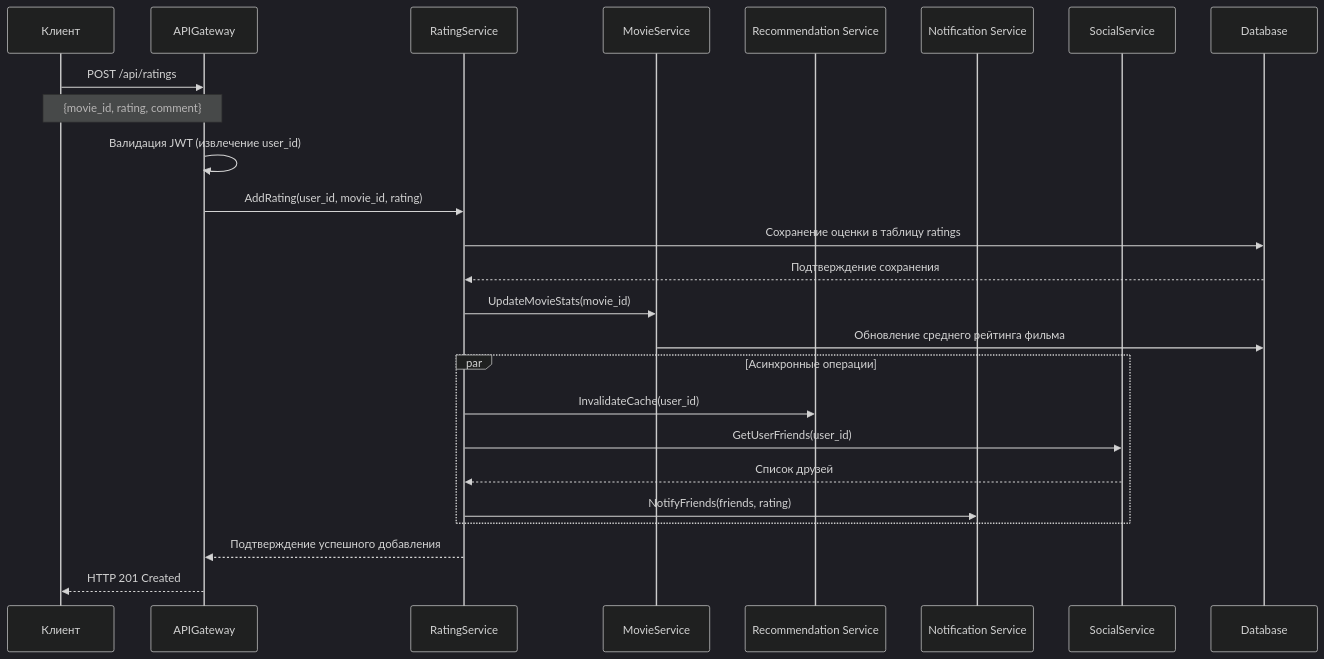
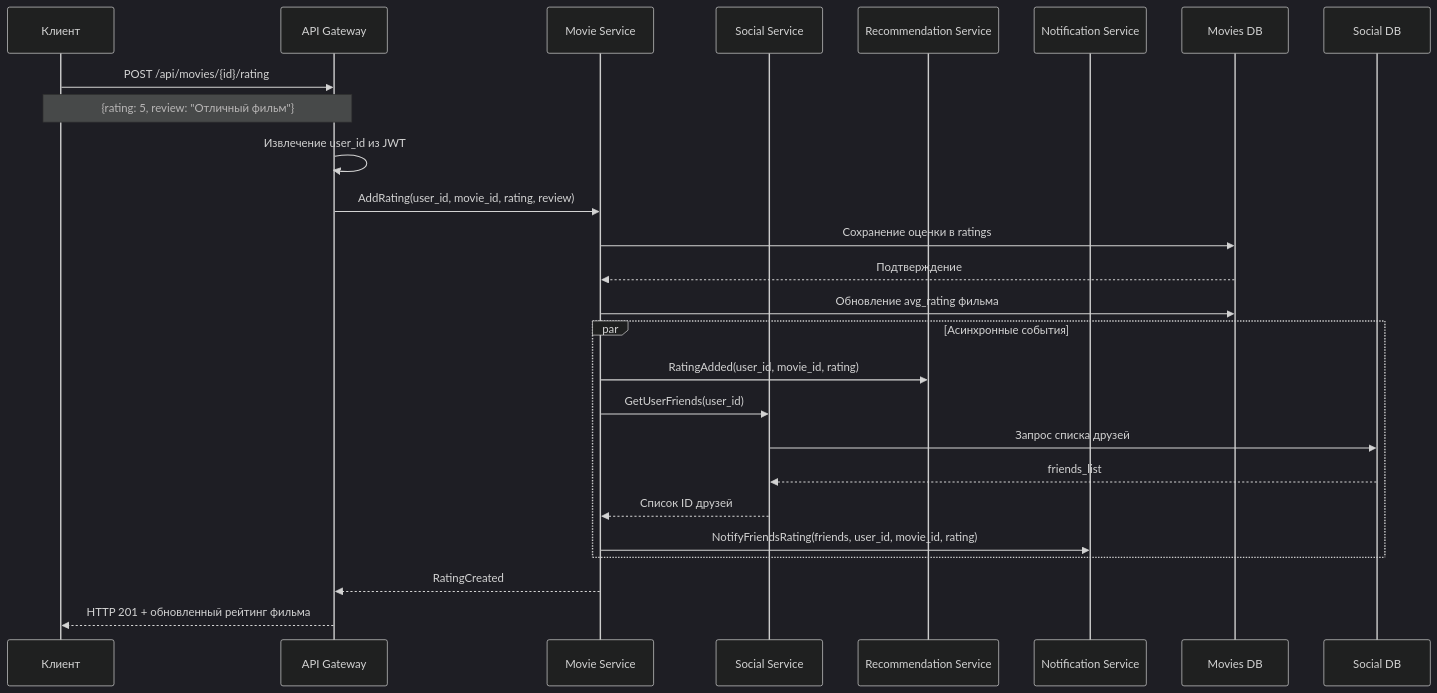
The fifth of 8 diagrams in docs/tr.md (BALLUUNN/zavozwww), drawn with Mermaid (dark theme) before and after one commit. The commit also changed other lines of this file, not shown here.

````diff
--- a/docs/tr.md
+++ b/docs/tr.md
@@ -543,33 +538,34 @@
 ```mermaid
 sequenceDiagram
     participant Клиент
-    participant APIGateway
-    participant RatingService
-    participant MovieService
-    participant RecService as Recommendation Service
-    participant NotifService as Notification Service
-    participant SocialService
-    participant DB as Database
+    participant GW as API Gateway
+    participant MOVIE as Movie Service
+    participant SOCIAL as Social Service
+    participant REC as Recommendation Service
+    participant NOTIFY as Notification Service
+    participant MOVIE_DB as Movies DB
+    participant SOCIAL_DB as Social DB
 
-    Клиент->>APIGateway: POST /api/ratings
-    Note over Клиент,APIGateway: {movie_id, rating, comment}
+    Клиент->>GW: POST /api/movies/{id}/rating
+    Note over Клиент,GW: {rating: 5, review: "Отличный фильм"}
     
-    APIGateway->>APIGateway: Валидация JWT (извлечение user_id)
-    APIGateway->>RatingService: AddRating(user_id, movie_id, rating)
+    GW->>GW: Извлечение user_id из JWT
+    GW->>MOVIE: AddRating(user_id, movie_id, rating, review)
     
-    RatingService->>DB: Сохранение оценки в таблицу ratings
-    DB-->>RatingService: Подтверждение сохранения
+    MOVIE->>MOVIE_DB: Сохранение оценки в ratings
+    MOVIE_DB-->>MOVIE: Подтверждение
     
-    RatingService->>MovieService: UpdateMovieStats(movie_id)
-    MovieService->>DB: Обновление среднего рейтинга фильма
+    MOVIE->>MOVIE_DB: Обновление avg_rating фильма
     
-    par Асинхронные операции
-        RatingService->>RecService: InvalidateCache(user_id)
-        RatingService->>SocialService: GetUserFriends(user_id)
-        SocialService-->>RatingService: Список друзей
-        RatingService->>NotifService: NotifyFriends(friends, rating)
+    par Асинхронные события
+        MOVIE->>REC: RatingAdded(user_id, movie_id, rating)
+        MOVIE->>SOCIAL: GetUserFriends(user_id)
+        SOCIAL->>SOCIAL_DB: Запрос списка друзей
+        SOCIAL_DB-->>SOCIAL: friends_list
+        SOCIAL-->>MOVIE: Список ID друзей
+        MOVIE->>NOTIFY: NotifyFriendsRating(friends, user_id, movie_id, rating)
     end
     
-    RatingService-->>APIGateway: Подтверждение успешного добавления
-    APIGateway-->>Клиент: HTTP 201 Created
+    MOVIE-->>GW: RatingCreated
+    GW-->>Клиент: HTTP 201 + обновленный рейтинг фильма
 ```
````
